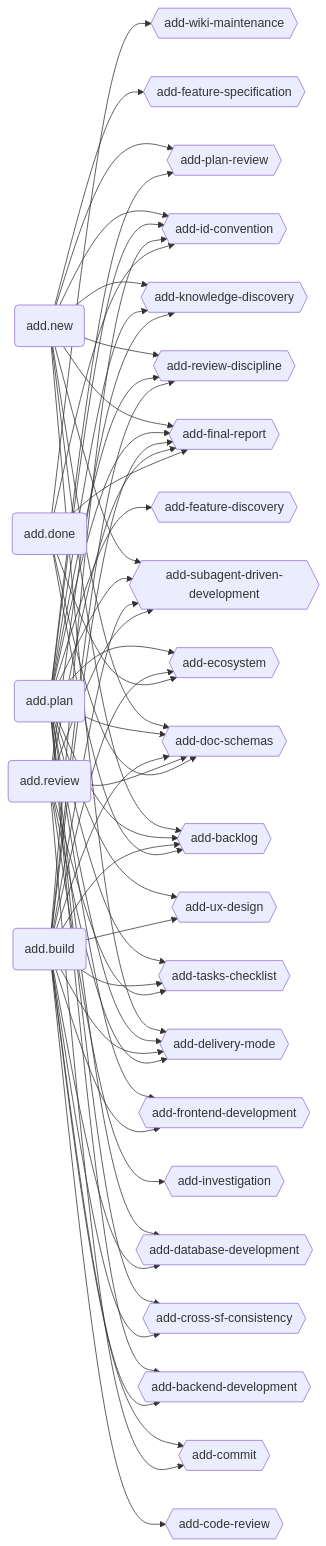
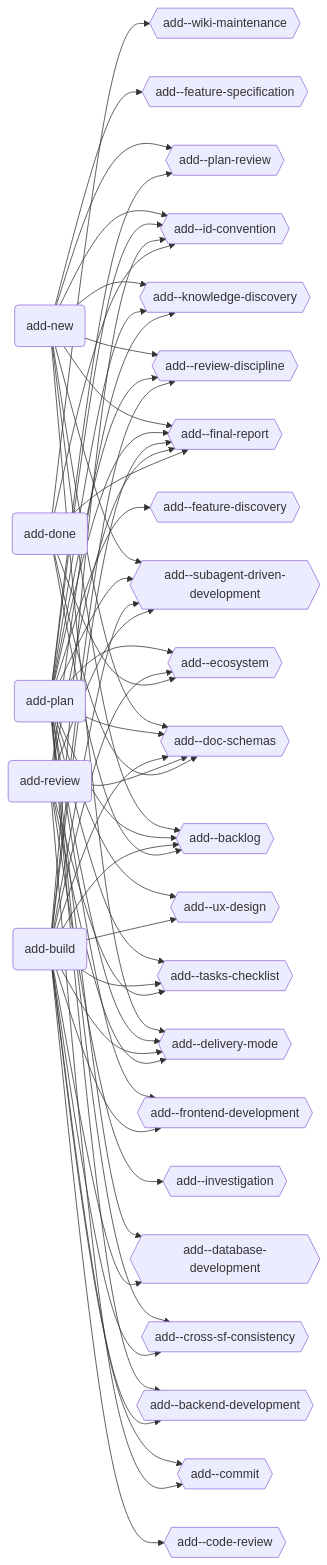
The first of 3 diagrams in ecosystem.md (brabos-ai/code-addiction), drawn with Mermaid before and after one commit. The commit also changed other lines of this file and 381 other files, not shown here.

````diff
--- a/ecosystem.md
+++ b/ecosystem.md
@@ -8,37 +8,37 @@
 ```mermaid
 graph LR
-  NEW(add.new)
-  PLAN(add.plan)
-  BUILD(add.build)
-  REVIEW(add.review)
-  DONE(add.done)
+  NEW(add-new)
+  PLAN(add-plan)
+  BUILD(add-build)
+  REVIEW(add-review)
+  DONE(add-done)
 
-  BADE{{add-backend-development}}
-  BALO{{add-backlog}}
-  CORE{{add-code-review}}
-  CO{{add-commit}}
-  CSC{{add-cross-sf-consistency}}
-  DADE{{add-database-development}}
-  DELMO{{add-delivery-mode}}
-  DOSC{{add-doc-schemas}}
-  EC{{add-ecosystem}}
-  FEDI{{add-feature-discovery}}
-  FESP{{add-feature-specification}}
-  FINR{{add-final-report}}
-  FRDE{{add-frontend-development}}
-  IDCO{{add-id-convention}}
-  IN{{add-investigation}}
-  KNDI{{add-knowledge-discovery}}
-  PRV{{add-plan-review}}
-  RVDI{{add-review-discipline}}
-  SDDA{{add-subagent-driven-development}}
-  TACH{{add-tasks-checklist}}
-  UXDE{{add-ux-design}}
-  WIMA{{add-wiki-maintenance}}
+  BADE{{add--backend-development}}
+  BALO{{add--backlog}}
+  CORE{{add--code-review}}
+  CO{{add--commit}}
+  CSC{{add--cross-sf-consistency}}
+  DADE{{add--database-development}}
+  DELMO{{add--delivery-mode}}
+  DOSC{{add--doc-schemas}}
+  EC{{add--ecosystem}}
+  FEDI{{add--feature-discovery}}
+  FESP{{add--feature-specification}}
+  FINR{{add--final-report}}
+  FRDE{{add--frontend-development}}
+  IDCO{{add--id-convention}}
+  IN{{add--investigation}}
+  KNDI{{add--knowledge-discovery}}
+  PRV{{add--plan-review}}
+  RVDI{{add--review-discipline}}
+  SDDA{{add--subagent-driven-development}}
+  TACH{{add--tasks-checklist}}
+  UXDE{{add--ux-design}}
+  WIMA{{add--wiki-maintenance}}
 
   NEW --> BALO & DELMO & DOSC & FESP & FINR & IDCO & KNDI & PRV & RVDI & SDDA
   PLAN --> BADE & BALO & CSC & DADE & DELMO & DOSC & EC & FEDI & FINR & FRDE & IDCO & KNDI & PRV & RVDI & SDDA & TACH & UXDE
   BUILD --> BADE & BALO & CORE & CO & CSC & DADE & DELMO & DOSC & EC & FINR & FRDE & IDCO & RVDI & SDDA & TACH & UXDE
   REVIEW --> CO & DELMO & DOSC & FINR & IN & KNDI & SDDA & TACH
   DONE --> BALO & DOSC & EC & FINR & IDCO & WIMA
 ```
````
